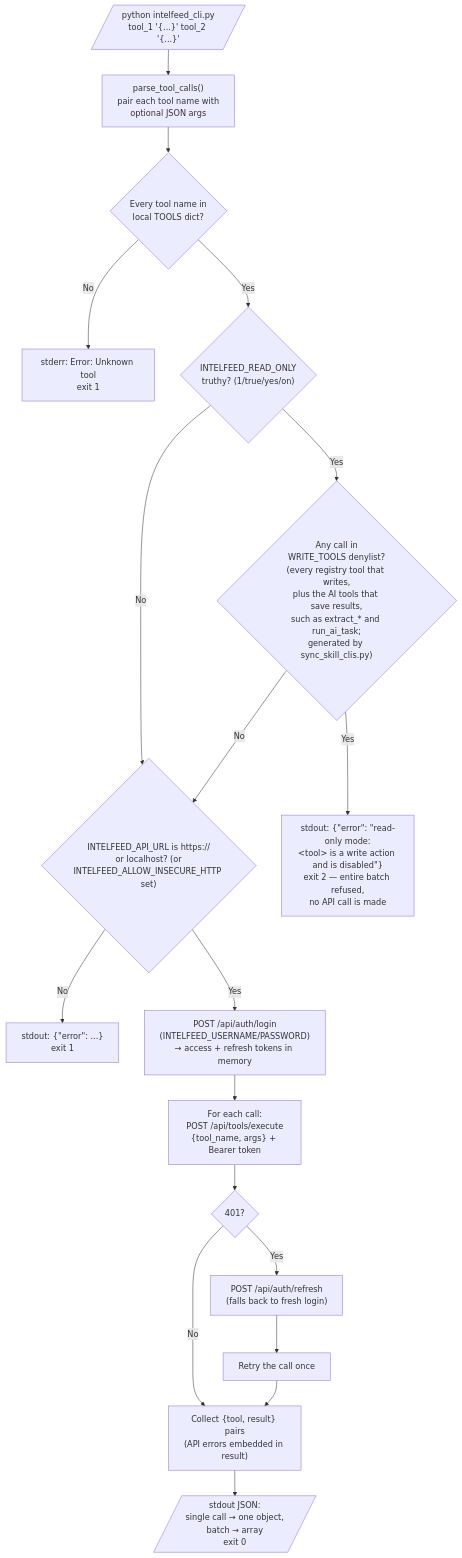
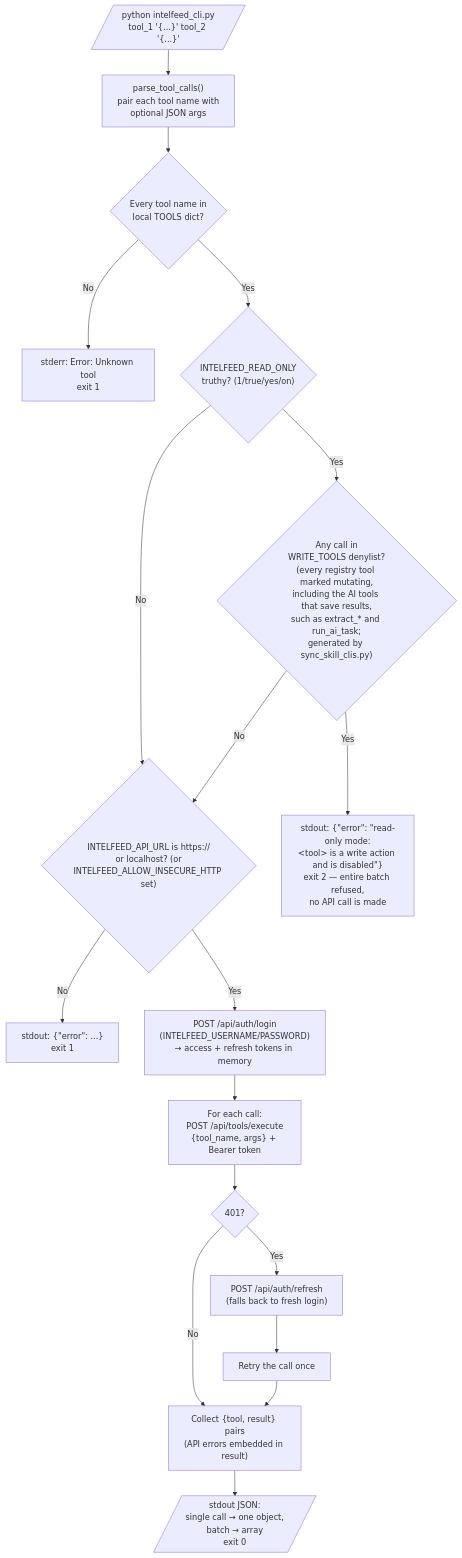
Before and after one commit to a-oneil/IntelFeed: the diagram in docs/diagrams/cli-readonly-gating.md, drawn with Mermaid. The commit also changed 119 other files, not shown here.

````diff
--- a/docs/diagrams/cli-readonly-gating.md
+++ b/docs/diagrams/cli-readonly-gating.md
@@ -5,22 +5,22 @@
 ```mermaid
 flowchart TD
     START[/"python intelfeed_cli.py<br/>tool_1 '{...}' tool_2 '{...}'"/] --> PARSE["parse_tool_calls()<br/>pair each tool name with<br/>optional JSON args"]
     PARSE --> KNOWN{"Every tool name in<br/>local TOOLS dict?"}
     KNOWN -- "No" --> ERR_UNKNOWN["stderr: Error: Unknown tool<br/>exit 1"]
     KNOWN -- "Yes" --> RO{"INTELFEED_READ_ONLY<br/>truthy? (1/true/yes/on)"}
 
     RO -- "No" --> URL
-    RO -- "Yes" --> DENY{"Any call in<br/>WRITE_TOOLS denylist?<br/>(every registry tool that writes,<br/>plus the AI tools that save results,<br/>such as extract_* and run_ai_task;<br/>generated by sync_skill_clis.py)"}
+    RO -- "Yes" --> DENY{"Any call in<br/>WRITE_TOOLS denylist?<br/>(every registry tool marked mutating,<br/>including the AI tools that save results,<br/>such as extract_* and run_ai_task;<br/>generated by sync_skill_clis.py)"}
     DENY -- "Yes" --> ERR_RO["stdout: {&quot;error&quot;: &quot;read-only mode:<br/>&lt;tool&gt; is a write action and is disabled&quot;}<br/>exit 2 — entire batch refused,<br/>no API call is made"]
     DENY -- "No" --> URL{"INTELFEED_API_URL is https://<br/>or localhost? (or<br/>INTELFEED_ALLOW_INSECURE_HTTP set)"}
     URL -- "No" --> ERR_URL["stdout: {&quot;error&quot;: ...}<br/>exit 1"]
     URL -- "Yes" --> LOGIN["POST /api/auth/login<br/>(INTELFEED_USERNAME/PASSWORD)<br/>→ access + refresh tokens in memory"]
 
     LOGIN --> EXEC["For each call:<br/>POST /api/tools/execute<br/>{tool_name, args} + Bearer token"]
     EXEC --> S401{"401?"}
     S401 -- "Yes" --> REFRESH["POST /api/auth/refresh<br/>(falls back to fresh login)"]
     REFRESH --> RETRY["Retry the call once"]
     S401 -- "No" --> COLLECT
     RETRY --> COLLECT["Collect {tool, result} pairs<br/>(API errors embedded in result)"]
     COLLECT --> OUT[/"stdout JSON:<br/>single call → one object,<br/>batch → array<br/>exit 0"/]
 ```
````
